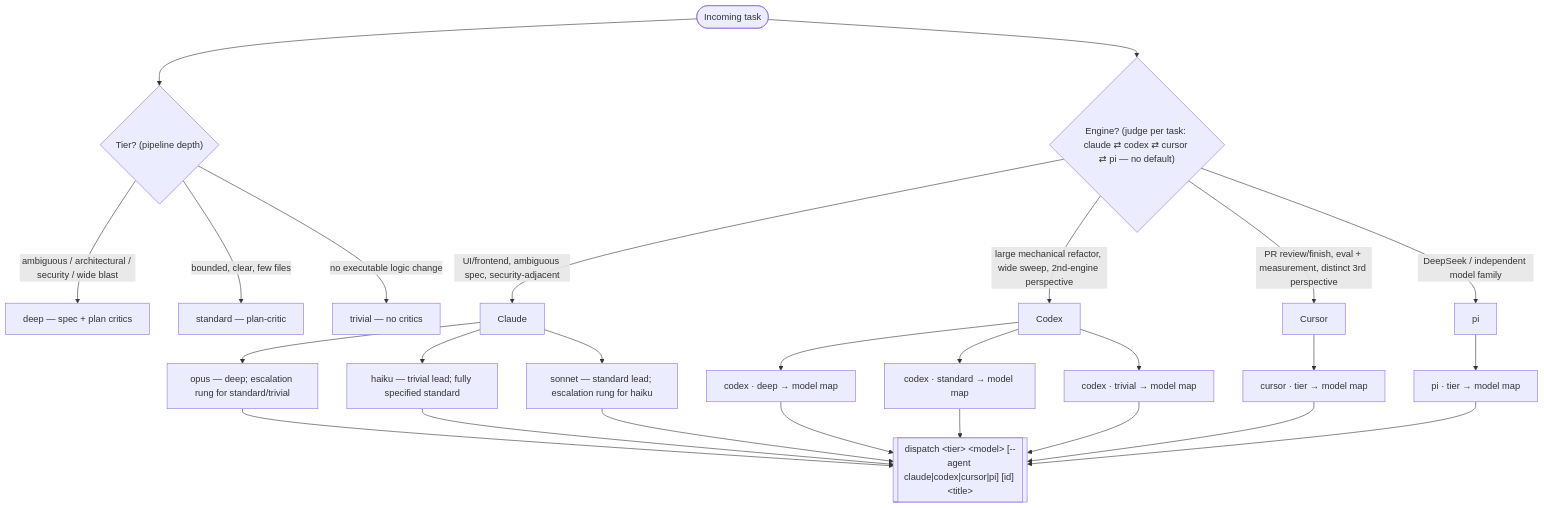
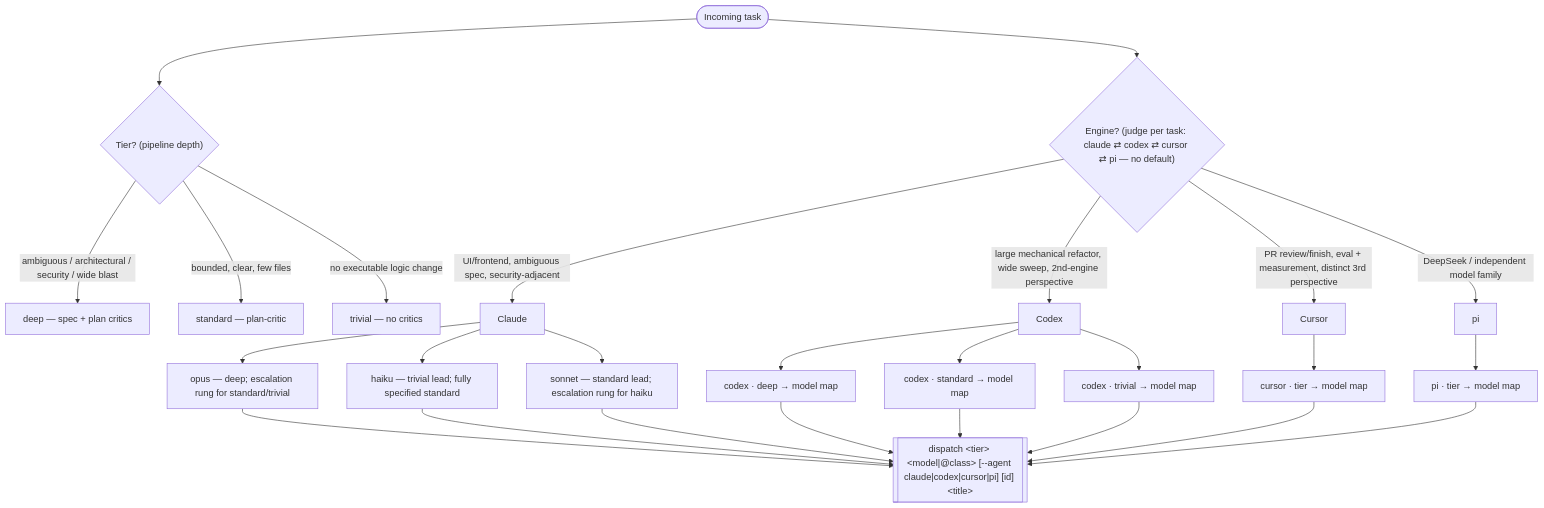
Before and after one commit to noamsto/dispatcher: the diagram in adapters/cursor/protocols/dispatch-orchestration.md, drawn with Mermaid. The commit also changed other lines of this file and 56 other files, not shown here.

````diff
--- a/adapters/cursor/protocols/dispatch-orchestration.md
+++ b/adapters/cursor/protocols/dispatch-orchestration.md
@@ -5,32 +5,32 @@
 ```mermaid
 flowchart TD
     T(["Incoming task"]) --> TIER{"Tier? (pipeline depth)"}
     T --> ENG{"Engine? (judge per task: claude ⇄ codex ⇄ cursor ⇄ pi — no default)"}
 
     TIER -->|"ambiguous / architectural / security / wide blast"| DEEP["deep — spec + plan critics"]
     TIER -->|"bounded, clear, few files"| STD["standard — plan-critic"]
     TIER -->|"no executable logic change"| TRIV["trivial — no critics"]
 
     ENG -->|"large mechanical refactor, wide sweep, 2nd-engine perspective"| CODEX["Codex"]
     ENG -->|"UI/frontend, ambiguous spec, security-adjacent"| CLAUDE["Claude"]
     ENG -->|"PR review/finish, eval + measurement, distinct 3rd perspective"| CURSOR["Cursor"]
     ENG -->|"DeepSeek / independent model family"| PI["pi"]
 
     CLAUDE --> OPUS["opus — deep; escalation rung for standard/trivial"]
     CLAUDE --> HAIKU["haiku — trivial lead; fully specified standard"]
     CLAUDE --> SONNET["sonnet — standard lead; escalation rung for haiku"]
     CODEX --> GH["codex · deep → model map"]
     CODEX --> GM["codex · standard → model map"]
     CODEX --> GL["codex · trivial → model map"]
     CURSOR --> CU["cursor · tier → model map"]
     PI --> PM["pi · tier → model map"]
 
-    OPUS --> D[["dispatch &lt;tier&gt; &lt;model&gt; [--agent claude|codex|cursor|pi] [id] &lt;title&gt;"]]
+    OPUS --> D[["dispatch &lt;tier&gt; &lt;model|@class&gt; [--agent claude|codex|cursor|pi] [id] &lt;title&gt;"]]
     HAIKU --> D
     SONNET --> D
     GH --> D
     GM --> D
     GL --> D
     CU --> D
     PM --> D
 ```
````
